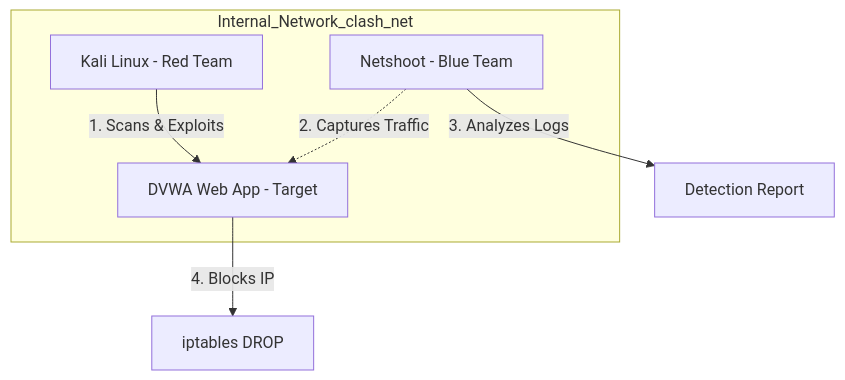
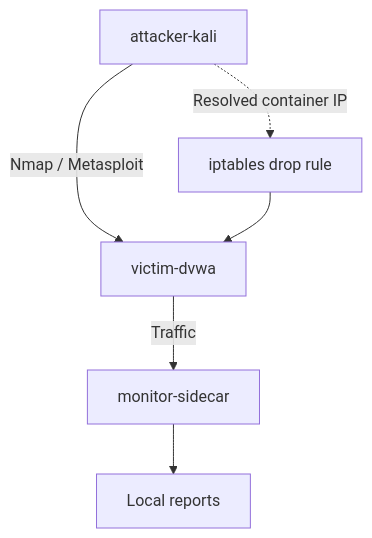
One commit to mahale800/clash-of-teams-101 changed the diagram in README.md. Above: the diagram before and after it, drawn with Mermaid. The commit also changed other lines of this file, not shown here.

````diff
--- a/README.md
+++ b/README.md
@@ -50,13 +36,8 @@
 ```mermaid
 graph TD
-    subgraph Internal_Network_clash_net
-        Attacker[Kali Linux - Red Team]
-        Victim[DVWA Web App - Target]
-        Monitor[Netshoot - Blue Team]
-    end
-
-    Attacker -->|1. Scans & Exploits| Victim
-    Monitor -.->|2. Captures Traffic| Victim
-    Monitor -->|3. Analyzes Logs| Report[Detection Report]
-    Victim -->|4. Blocks IP| Firewall[iptables DROP]
+    Attacker[attacker-kali] -->|Nmap / Metasploit| Victim[victim-dvwa]
+    Victim -->|Traffic| Monitor[monitor-sidecar]
+    Monitor --> Reports[Local reports]
+    Attacker -.->|Resolved container IP| Remediation[iptables drop rule]
+    Remediation --> Victim
 ```
````
